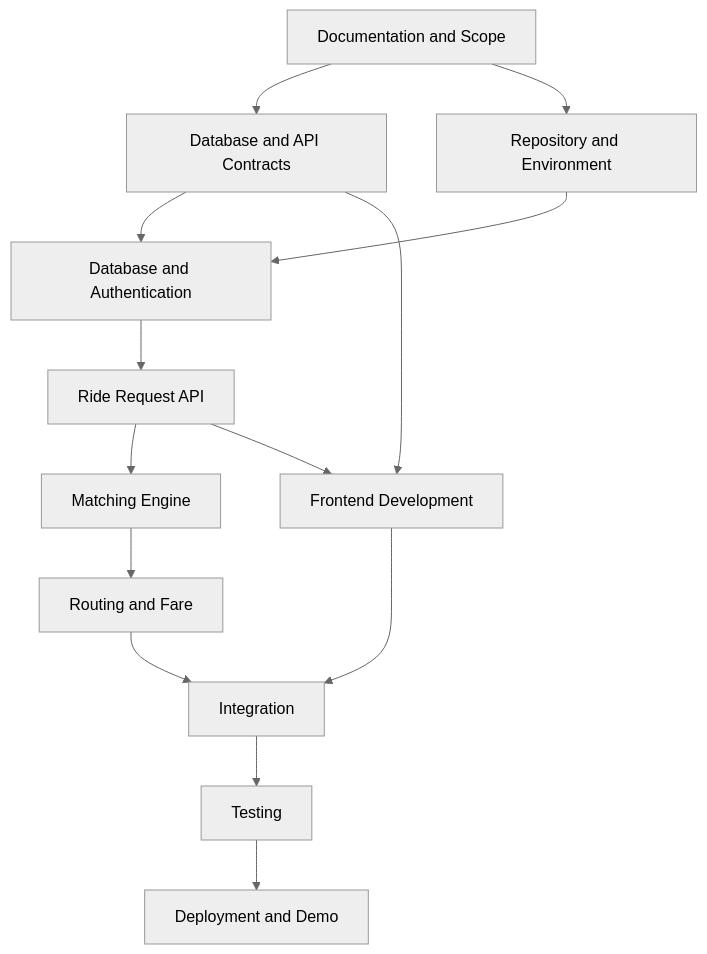
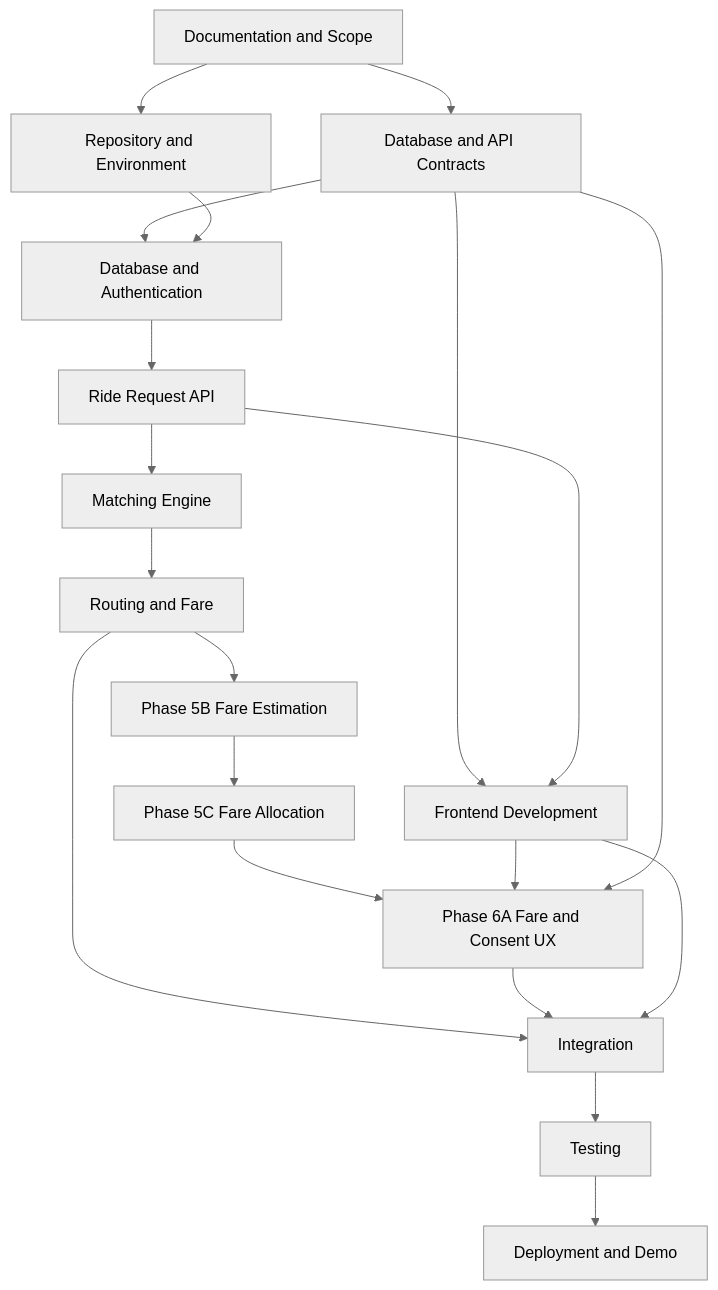
Before and after one commit to kuroko2408/Smart_Share: the diagram in docs/05-roadmap.md, drawn with Mermaid (neutral theme). The commit also changed other lines of this file and 23 other files, not shown here.

````diff
--- a/docs/05-roadmap.md
+++ b/docs/05-roadmap.md
@@ -404,28 +428,37 @@
 ```mermaid
 flowchart TD
     DOC[Documentation and Scope]
     CONTRACT[Database and API Contracts]
     FOUNDATION[Repository and Environment]
     DB[Database and Authentication]
     API[Ride Request API]
     MATCH[Matching Engine]
     ROUTE[Routing and Fare]
+    FARE[Phase 5B Fare Estimation]
+    ALLOC[Phase 5C Fare Allocation]
+    FARE_UI[Phase 6A Fare and Consent UX]
     UI[Frontend Development]
     INT[Integration]
     TEST[Testing]
     DEPLOY[Deployment and Demo]
 
     DOC --> CONTRACT
     DOC --> FOUNDATION
     CONTRACT --> DB
     FOUNDATION --> DB
     DB --> API
     API --> MATCH
     MATCH --> ROUTE
+    ROUTE --> FARE
+    FARE --> ALLOC
+    ALLOC --> FARE_UI
+    UI --> FARE_UI
+    CONTRACT --> FARE_UI
     CONTRACT --> UI
     API --> UI
     ROUTE --> INT
+    FARE_UI --> INT
     UI --> INT
     INT --> TEST
     TEST --> DEPLOY
 ```
````
